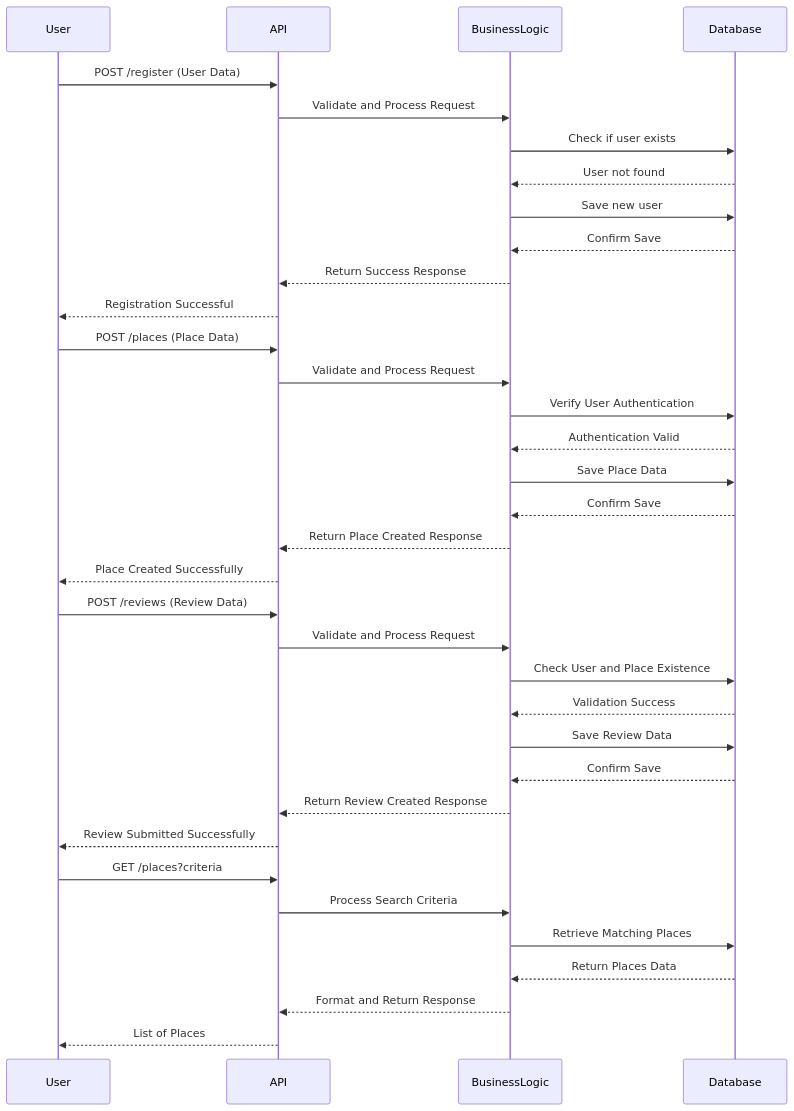
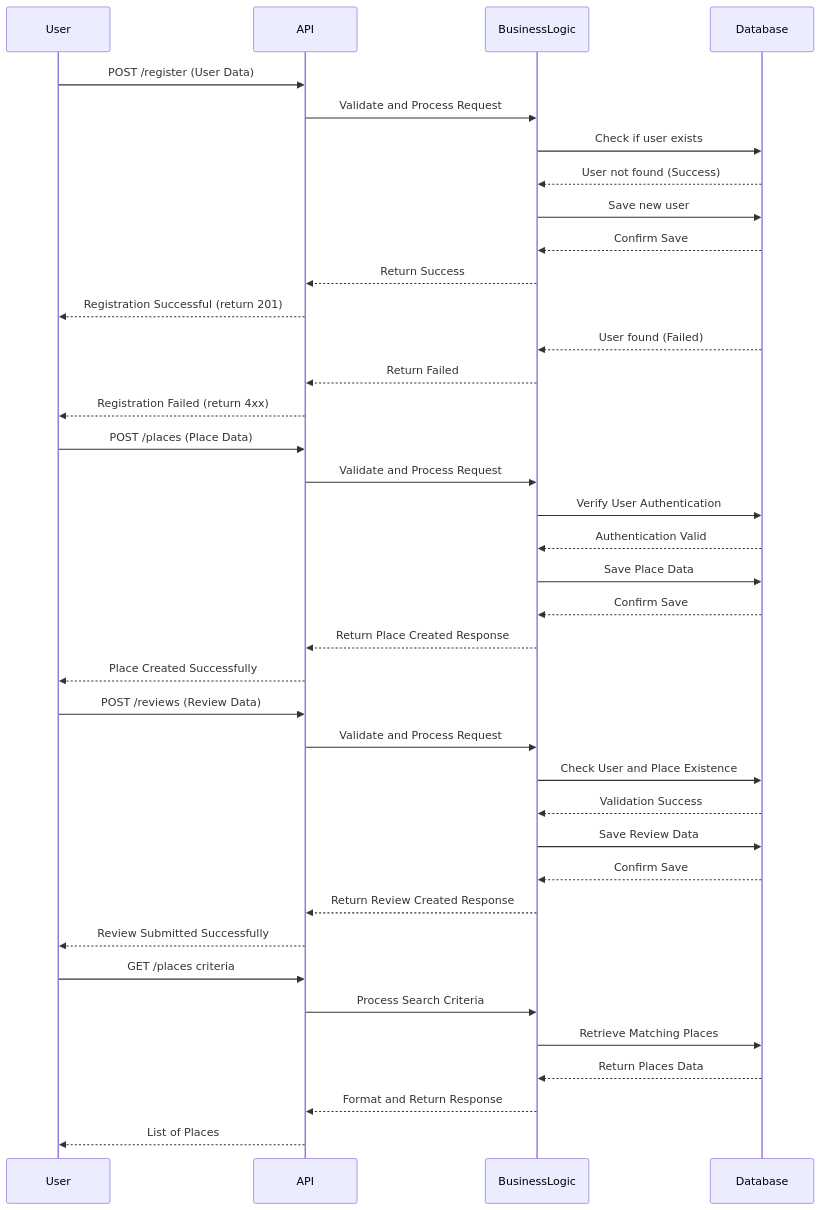
One commit to KillianRipoche/holbertonschool-hbnb changed the diagram in part-1/sequenceDiagram.md. Above: the diagram before and after it, drawn with Mermaid.

Commit message:
Add return failed line 16, 17 and 18

````diff
--- a/part-1/sequenceDiagram.md
+++ b/part-1/sequenceDiagram.md
@@ -1,41 +1,44 @@
 ```mermaid
 sequenceDiagram
 participant User
 participant API
 participant BusinessLogic
 participant Database
 
 User->>API: POST /register (User Data)
 API->>BusinessLogic: Validate and Process Request
 BusinessLogic->>Database: Check if user exists
-Database-->>BusinessLogic: User not found
+Database-->>BusinessLogic: User not found (Success)
 BusinessLogic->>Database: Save new user
 Database-->>BusinessLogic: Confirm Save
-BusinessLogic-->>API: Return Success Response
-API-->>User: Registration Successful
+BusinessLogic-->>API: Return Success
+API-->>User: Registration Successful (return 201)
+Database-->>BusinessLogic: User found (Failed)
+BusinessLogic-->>API: Return Failed
+API-->>User: Registration Failed (return 4xx)
 
-	User->>API: POST /places (Place Data)
+User->>API: POST /places (Place Data)
 API->>BusinessLogic: Validate and Process Request
 BusinessLogic->>Database: Verify User Authentication
 Database-->>BusinessLogic: Authentication Valid
 BusinessLogic->>Database: Save Place Data
 Database-->>BusinessLogic: Confirm Save
 BusinessLogic-->>API: Return Place Created Response
 API-->>User: Place Created Successfully
 
 User->>API: POST /reviews (Review Data)
 API->>BusinessLogic: Validate and Process Request
 BusinessLogic->>Database: Check User and Place Existence
 Database-->>BusinessLogic: Validation Success
 BusinessLogic->>Database: Save Review Data
 Database-->>BusinessLogic: Confirm Save
 BusinessLogic-->>API: Return Review Created Response
 API-->>User: Review Submitted Successfully
 
-User->>API: GET /places?criteria
+User->>API: GET /places criteria
 API->>BusinessLogic: Process Search Criteria
 BusinessLogic->>Database: Retrieve Matching Places
 Database-->>BusinessLogic: Return Places Data
 BusinessLogic-->>API: Format and Return Response
 API-->>User: List of Places
 ```
````
